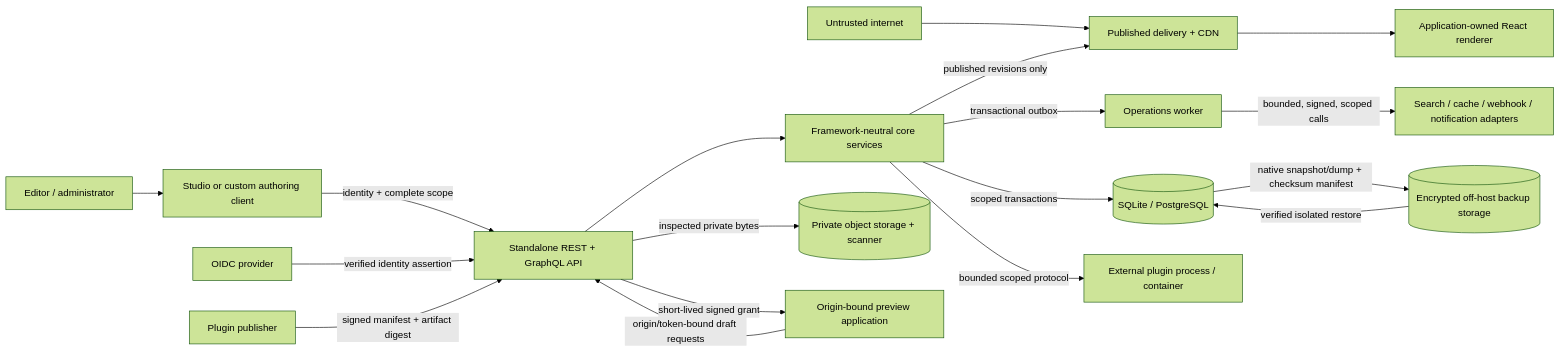
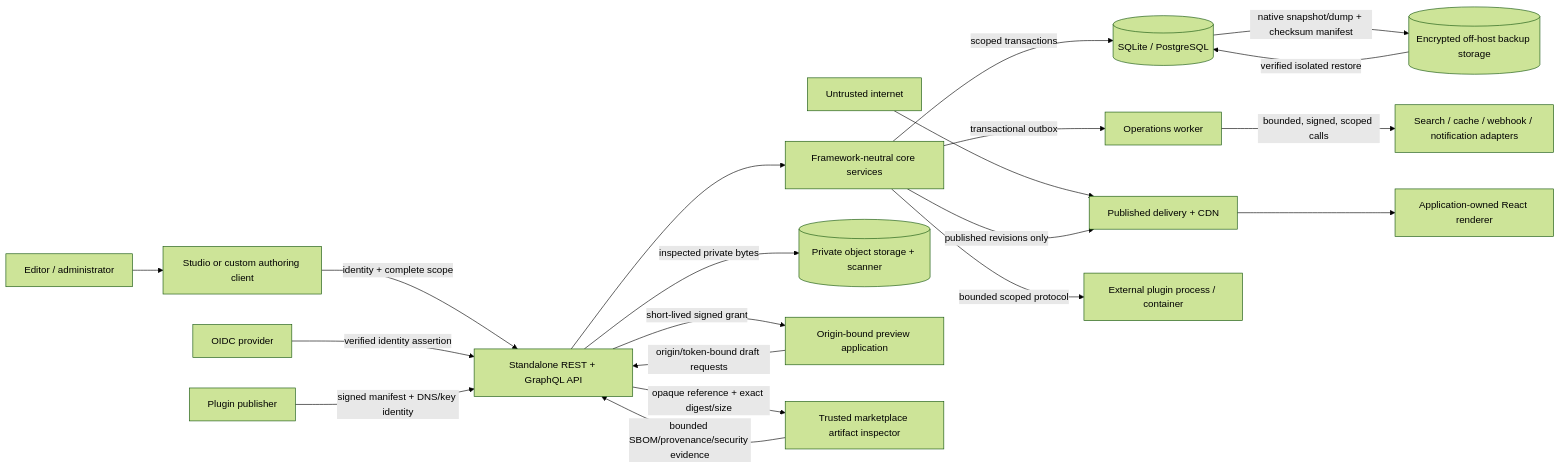
One commit to Seance1723/GridStory changed the diagram in docs/security/threat-model.md. Above: the diagram before and after it, drawn with Mermaid (forest theme). The commit also changed other lines of this file and 40 other files, not shown here.

Commit message:
feat: add evidence-bound plugin marketplace

````diff
--- a/docs/security/threat-model.md
+++ b/docs/security/threat-model.md
@@ -9,37 +9,40 @@
 ```mermaid
 flowchart LR
   internet["Untrusted internet"]
   editor["Editor / administrator"]
   studio["Studio or custom authoring client"]
   api["Standalone REST + GraphQL API"]
   core["Framework-neutral core services"]
   db[("SQLite / PostgreSQL")]
   worker["Operations worker"]
   adapters["Search / cache / webhook / notification adapters"]
   object[("Private object storage + scanner")]
   preview["Origin-bound preview application"]
   delivery["Published delivery + CDN"]
   app["Application-owned React renderer"]
   idp["OIDC provider"]
   publisher["Plugin publisher"]
+  scanner["Trusted marketplace artifact inspector"]
   plugin["External plugin process / container"]
   backup[("Encrypted off-host backup storage")]
 
   editor --> studio
   internet --> delivery
   studio -->|"identity + complete scope"| api
   idp -->|"verified identity assertion"| api
   api --> core
   core -->|"scoped transactions"| db
   core -->|"transactional outbox"| worker
   worker -->|"bounded, signed, scoped calls"| adapters
   api -->|"inspected private bytes"| object
   api -->|"short-lived signed grant"| preview
   preview -->|"origin/token-bound draft requests"| api
   core -->|"published revisions only"| delivery
   delivery --> app
-  publisher -->|"signed manifest + artifact digest"| api
+  publisher -->|"signed manifest + DNS/key identity"| api
+  api -->|"opaque reference + exact digest/size"| scanner
+  scanner -->|"bounded SBOM/provenance/security evidence"| api
   core -->|"bounded scoped protocol"| plugin
   db -->|"native snapshot/dump + checksum manifest"| backup
   backup -->|"verified isolated restore"| db
 ```
````
